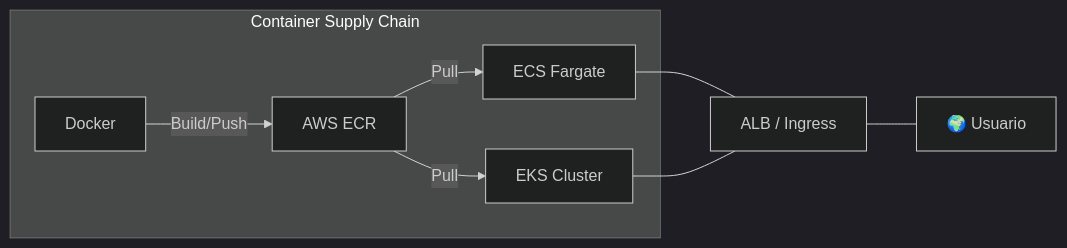
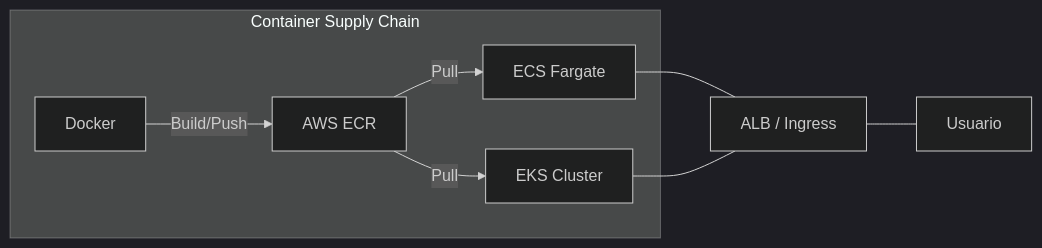
The third of 4 diagrams in docs/ARCHITECTURE.md (vladimiracunadev-create/proyectos-aws), drawn with Mermaid (dark theme) before and after one commit. The commit also changed other lines of this file and 5 other files, not shown here.

````diff
--- a/docs/ARCHITECTURE.md
+++ b/docs/ARCHITECTURE.md
@@ -58,12 +68,12 @@
 ```mermaid
 graph LR
     subgraph "Container Supply Chain"
         J1[Docker] -->|Build/Push| J2[AWS ECR]
         J2 -->|Pull| J3[ECS Fargate]
         J2 -->|Pull| J4[EKS Cluster]
     end
-    
+
     J3 --- ALB[ALB / Ingress]
     J4 --- ALB
-    ALB --- User[🌍 Usuario]
+    ALB --- User[Usuario]
 ```
````
